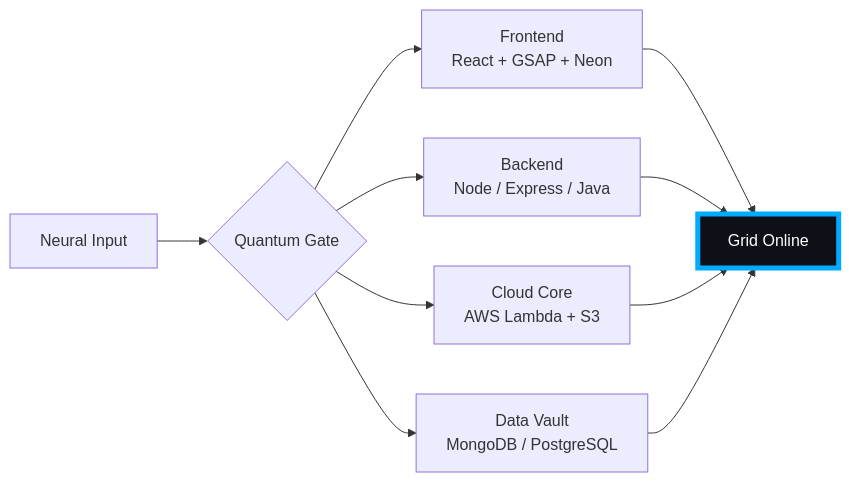
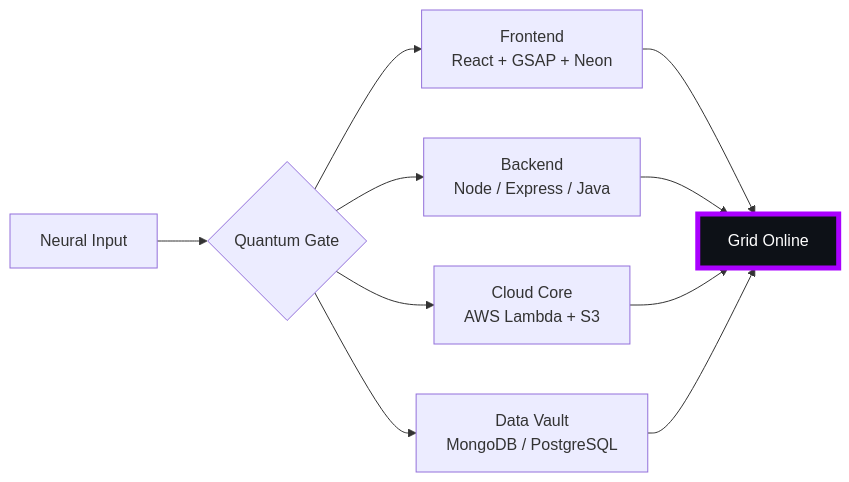
One commit to pendemvamsi/pendemvamsi changed the diagram in README.md. Above: the diagram before and after it, drawn with Mermaid. The commit also changed other lines of this file and 1 other file, not shown here.

````diff
--- a/README.md
+++ b/README.md
@@ -32,10 +32,10 @@
 ```mermaid
 flowchart LR
     U[Neural Input] --> G{Quantum Gate}
     G --> F[Frontend<br>React + GSAP + Neon]
     G --> B[Backend<br>Node / Express / Java]
     G --> C[Cloud Core<br>AWS Lambda + S3]
     G --> D[Data Vault<br>MongoDB / PostgreSQL]
     F & B & C & D --> O[Grid Online]
-    style O fill:#0d1117,stroke:#00AAFF,stroke-width:5px,color:#fff
+    style O fill:#0d1117,stroke:#AA00FF,stroke-width:5px,color:#fff
 ```
````
